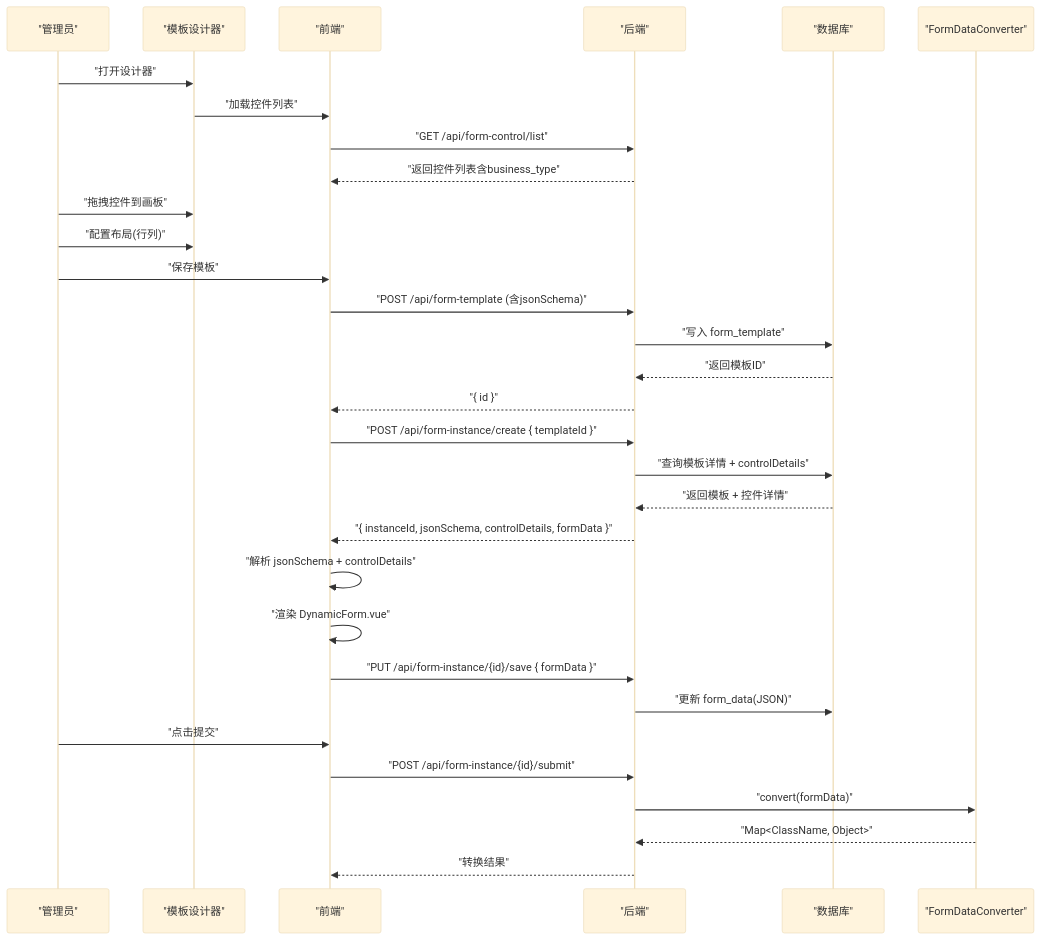
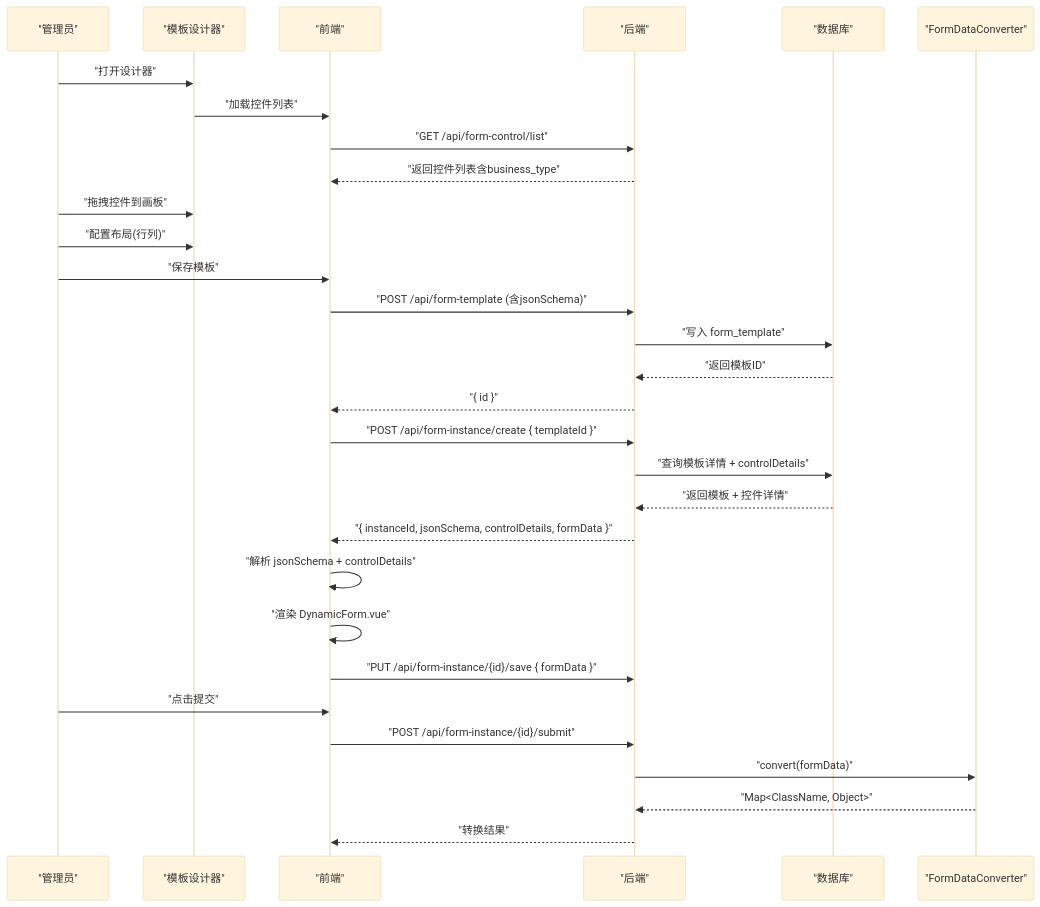
Before and after one commit to NJMrLi/genetics: the second of 9 diagrams in .qoder/repowiki/zh/content/前端架构设计/动态表单渲染机制/动态表单渲染机制.md, drawn with Mermaid (base theme). The commit also changed other lines of this file and 3 other files, not shown here.

````diff
--- a/.qoder/repowiki/zh/content/前端架构设计/动态表单渲染机制/动态表单渲染机制.md
+++ b/.qoder/repowiki/zh/content/前端架构设计/动态表单渲染机制/动态表单渲染机制.md
@@ -132,33 +138,32 @@
 ```mermaid
 sequenceDiagram
 participant Admin as "管理员"
 participant Designer as "模板设计器"
 participant FE as "前端"
 participant BE as "后端"
 participant DB as "数据库"
 participant Conv as "FormDataConverter"
 Admin->>Designer : "打开设计器"
 Designer->>FE : "加载控件列表"
 FE->>BE : "GET /api/form-control/list"
 BE-->>FE : "返回控件列表含business_type"
 Admin->>Designer : "拖拽控件到画板"
 Admin->>Designer : "配置布局(行列)"
 Admin->>FE : "保存模板"
 FE->>BE : "POST /api/form-template (含jsonSchema)"
 BE->>DB : "写入 form_template"
 DB-->>BE : "返回模板ID"
 BE-->>FE : "{ id }"
 FE->>BE : "POST /api/form-instance/create { templateId }"
 BE->>DB : "查询模板详情 + controlDetails"
 DB-->>BE : "返回模板 + 控件详情"
 BE-->>FE : "{ instanceId, jsonSchema, controlDetails, formData }"
 FE->>FE : "解析 jsonSchema + controlDetails"
 FE->>FE : "渲染 DynamicForm.vue"
 FE->>BE : "PUT /api/form-instance/{id}/save { formData }"
-BE->>DB : "更新 form_data(JSON)"
 Admin->>FE : "点击提交"
 FE->>BE : "POST /api/form-instance/{id}/submit"
 BE->>Conv : "convert(formData)"
 Conv-->>BE : "Map<ClassName, Object>"
 BE-->>FE : "转换结果"
 ```
````
